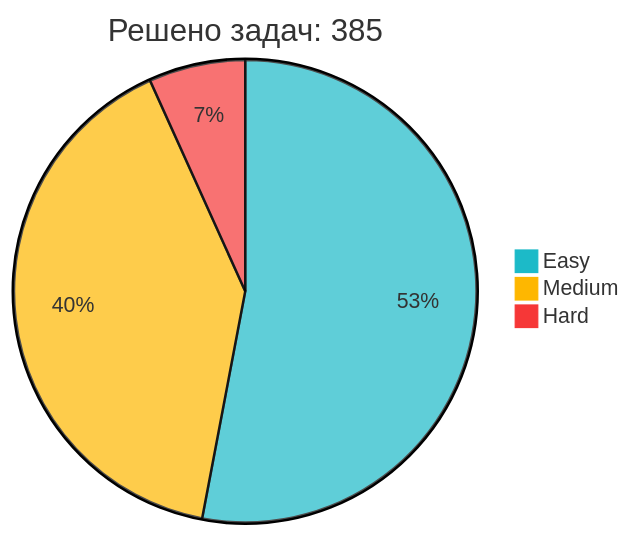
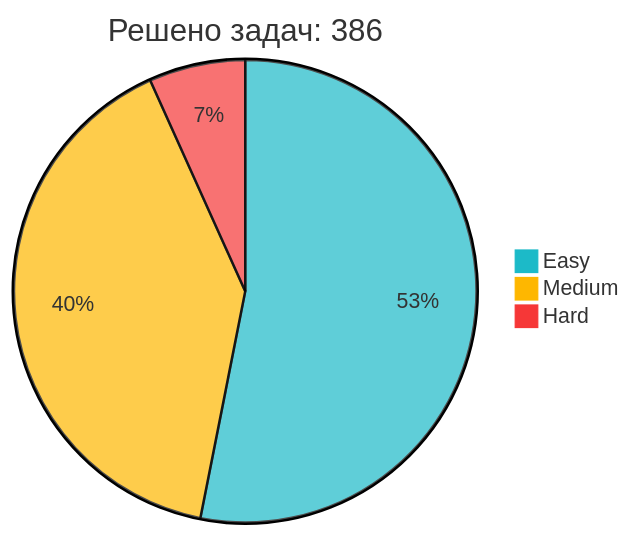
One commit to IliaKurdukov/IliaKurdukov changed the diagram in README.md. Above: the diagram before and after it, drawn with Mermaid. The commit also changed other lines of this file, not shown here.

Commit message:
📈 Обновление статистики LeetCode

````diff
--- a/README.md
+++ b/README.md
@@ -51,7 +51,7 @@
 ```mermaid
 %%{init: {'theme': 'base', 'themeVariables': { 'pie1': '#1CBAC8', 'pie2': '#FEB700', 'pie3': '#F63737' }, 'config': {'width': 300, 'height': 200}}}%%
-pie title Решено задач: 385
-   "Easy" : 204
+pie title Решено задач: 386
+   "Easy" : 205
    "Medium" : 155
    "Hard" : 26
 ```
````
